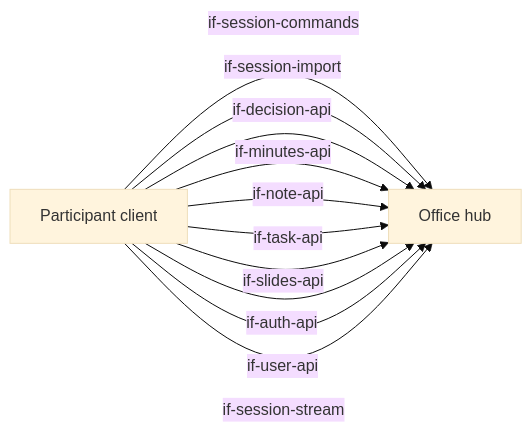
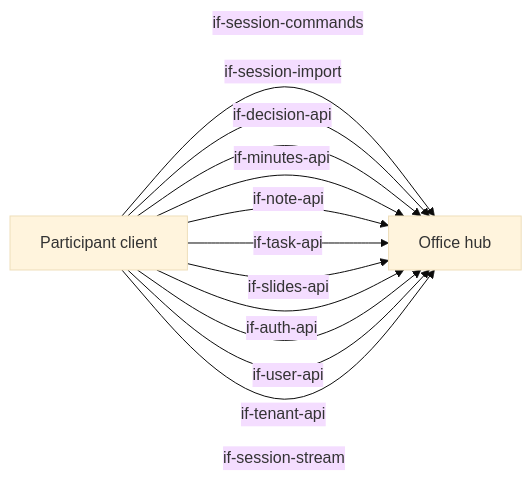
One commit to mrsimpson/agentic-office changed the first of 3 diagrams in docs/architecture/05-building-blocks.arc42.md. Above: the diagram before and after it, drawn with Mermaid (base theme). The commit also changed other lines of this file and 21 other files, not shown here.

````diff
--- a/docs/architecture/05-building-blocks.arc42.md
+++ b/docs/architecture/05-building-blocks.arc42.md
@@ -25,15 +25,16 @@
 ```mermaid
 flowchart LR
     bb_office_hub[Office hub]
     bb_participant_client[Participant client]
     bb_participant_client -->|if-session-commands| bb_office_hub
     bb_participant_client -->|if-session-import| bb_office_hub
     bb_participant_client -->|if-decision-api| bb_office_hub
     bb_participant_client -->|if-minutes-api| bb_office_hub
     bb_participant_client -->|if-note-api| bb_office_hub
     bb_participant_client -->|if-task-api| bb_office_hub
     bb_participant_client -->|if-slides-api| bb_office_hub
     bb_participant_client -->|if-auth-api| bb_office_hub
     bb_participant_client -->|if-user-api| bb_office_hub
+    bb_participant_client -->|if-tenant-api| bb_office_hub
     bb_participant_client -->|if-session-stream| bb_office_hub
 ```
````
